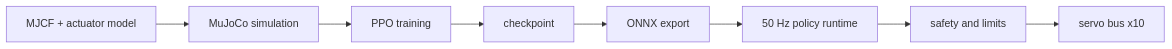
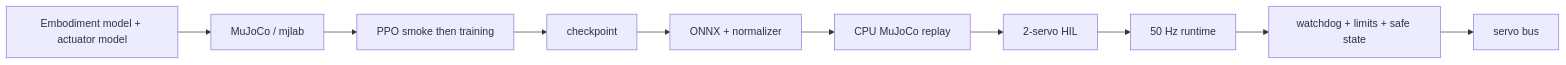
One commit to carpentry-liu/mini-duck-lite changed the third of 5 diagrams in docs/ARCHITECTURE.md. Above: the diagram before and after it, drawn with Mermaid. The commit also changed other lines of this file and 28 other files, not shown here.

````diff
--- a/docs/ARCHITECTURE.md
+++ b/docs/ARCHITECTURE.md
@@ -5,10 +56,12 @@
 ```mermaid
 flowchart LR
-  MJCF[MJCF + actuator model] --> SIM[MuJoCo simulation]
-  SIM --> PPO[PPO training]
+  MODEL[Embodiment model + actuator model] --> SIM[MuJoCo / mjlab]
+  SIM --> PPO[PPO smoke then training]
   PPO --> CKPT[checkpoint]
-  CKPT --> ONNX[ONNX export]
-  ONNX --> RT[50 Hz policy runtime]
-  RT --> SAFE[safety and limits]
-  SAFE --> BUS[servo bus x10]
+  CKPT --> ONNX[ONNX + normalizer]
+  ONNX --> REPLAY[CPU MuJoCo replay]
+  REPLAY --> HIL[2-servo HIL]
+  HIL --> RT[50 Hz runtime]
+  RT --> SAFE[watchdog + limits + safe state]
+  SAFE --> BUS[servo bus]
 ```
````
